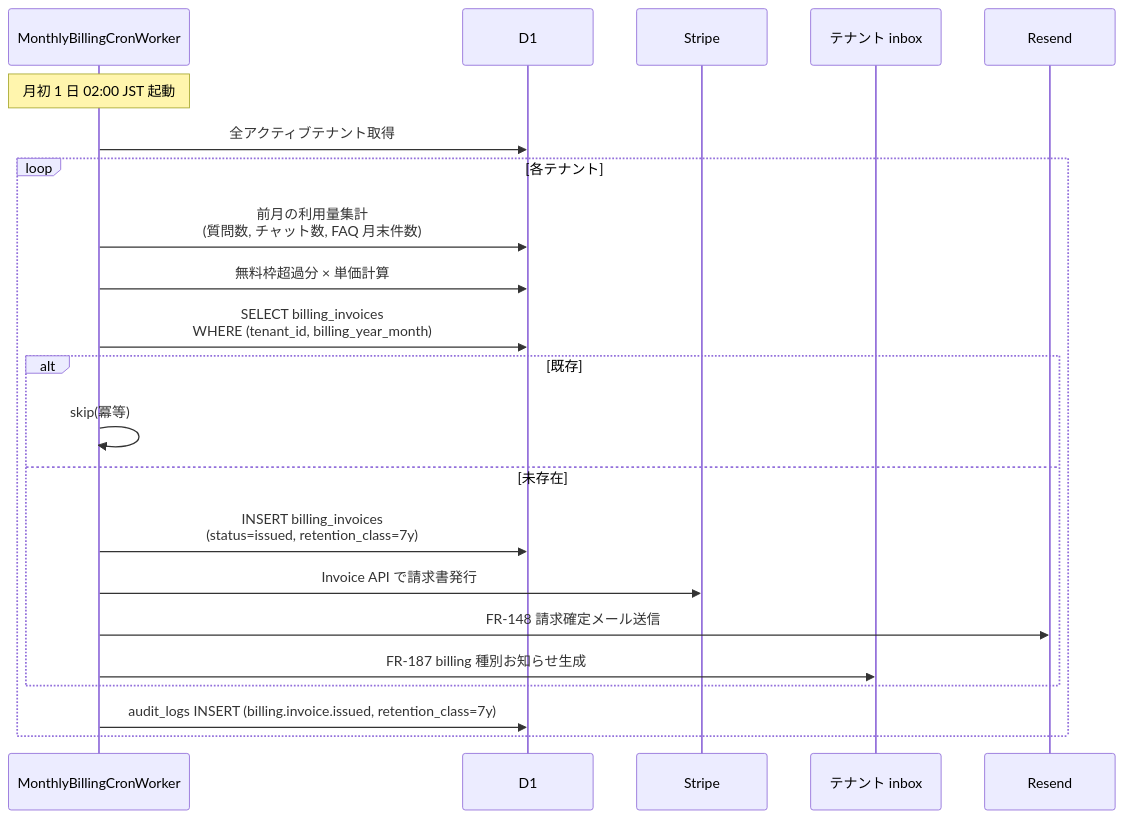
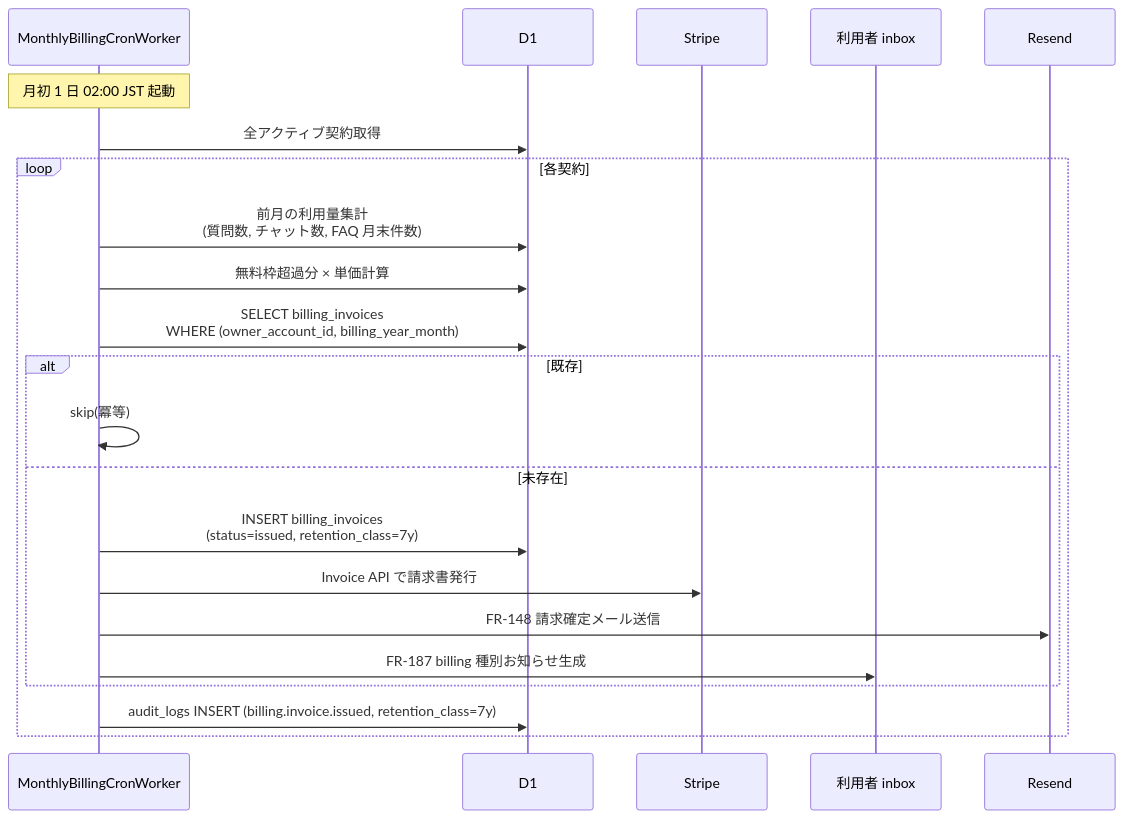
One commit to sikakou54/open-faq changed diagram 19 of 25 in 02_admin/02_basic_design.md. Above: the diagram before and after it, drawn with Mermaid. The commit also changed other lines of this file and 22 other files, not shown here.

````diff
--- a/02_admin/02_basic_design.md
+++ b/02_admin/02_basic_design.md
@@ -1500,25 +1500,25 @@
 ```mermaid
 sequenceDiagram
     participant Cron as MonthlyBillingCronWorker
     participant D1
     participant Stripe
-    participant Inbox as テナント inbox
+    participant Inbox as 利用者 inbox
     participant Mail as Resend
 
     Note over Cron: 月初 1 日 02:00 JST 起動
-    Cron->>D1: 全アクティブテナント取得
-    loop 各テナント
+    Cron->>D1: 全アクティブ契約取得
+    loop 各契約
         Cron->>D1: 前月の利用量集計<br/>(質問数, チャット数, FAQ 月末件数)
         Cron->>D1: 無料枠超過分 × 単価計算
-        Cron->>D1: SELECT billing_invoices<br/>WHERE (tenant_id, billing_year_month)
+        Cron->>D1: SELECT billing_invoices<br/>WHERE (owner_account_id, billing_year_month)
         alt 既存
             Cron->>Cron: skip(冪等)
         else 未存在
             Cron->>D1: INSERT billing_invoices<br/>(status=issued, retention_class=7y)
             Cron->>Stripe: Invoice API で請求書発行
             Cron->>Mail: FR-148 請求確定メール送信
             Cron->>Inbox: FR-187 billing 種別お知らせ生成
         end
         Cron->>D1: audit_logs INSERT (billing.invoice.issued, retention_class=7y)
     end
 ```
````
